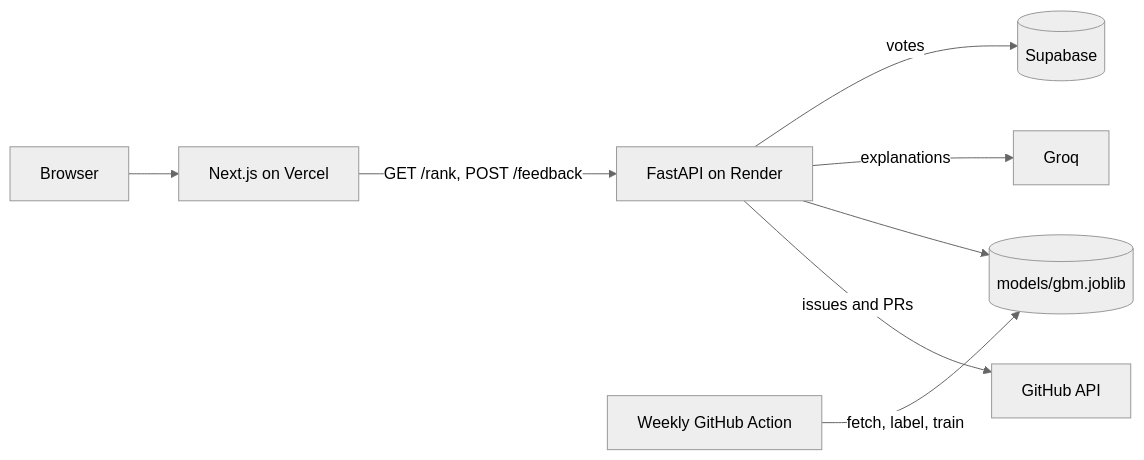
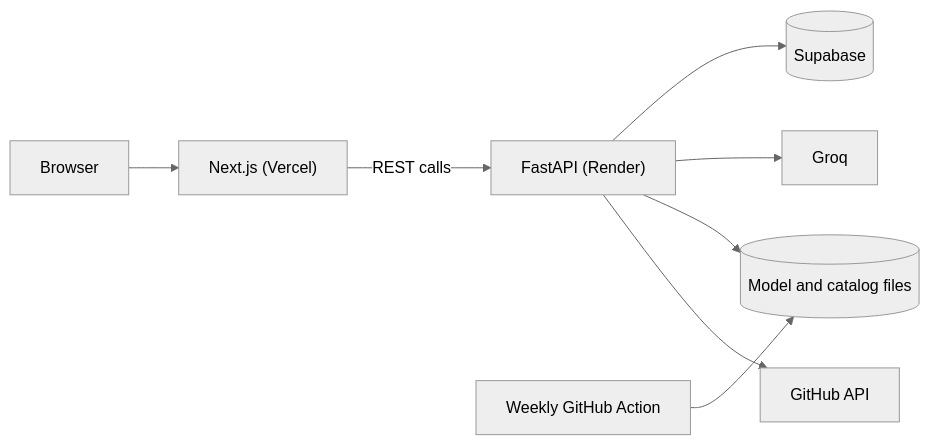
Before and after one commit to OpenRootdev/Lysis: the diagram in README.md, drawn with Mermaid (neutral theme). The commit also changed other lines of this file, not shown here.

Commit message:
docs: final README with write-ups and milestone roadmap

````diff
--- a/README.md
+++ b/README.md
@@ -24,10 +75,10 @@
 ```mermaid
 flowchart LR
-  B[Browser] --> W[Next.js on Vercel]
-  W -->|GET /rank, POST /feedback| A[FastAPI on Render]
-  A -->|issues and PRs| G[GitHub API]
-  A --> M[(models/gbm.joblib)]
-  A -->|explanations| L[Groq]
-  A -->|votes| S[(Supabase)]
-  C[Weekly GitHub Action] -->|fetch, label, train| M
+  B["Browser"] --> W["Next.js (Vercel)"]
+  W -->|"REST calls"| A["FastAPI (Render)"]
+  A --> G["GitHub API"]
+  A --> M[("Model and catalog files")]
+  A --> L["Groq"]
+  A --> S[("Supabase")]
+  C["Weekly GitHub Action"] --> M
 ```
````
